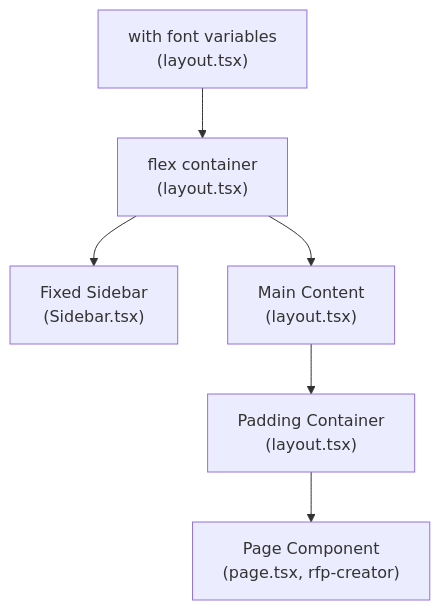
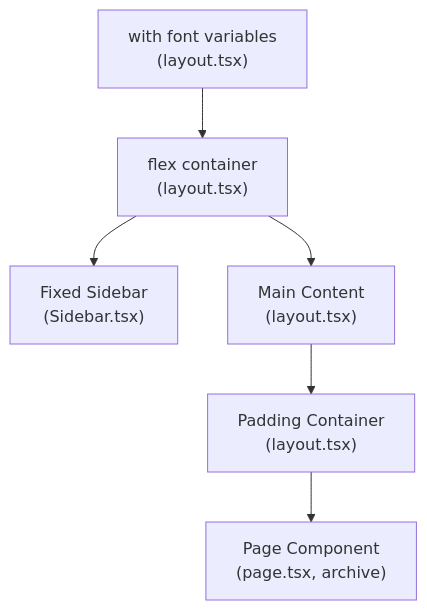
The second of 2 diagrams in .qoder/repowiki/en/content/Frontend Application/Application Layout & Navigation.md (alexandreybasta-cyber/dubai-media-ai), drawn with Mermaid before and after one commit. The commit also changed other lines of this file and 55 other files, not shown here.

````diff
--- a/.qoder/repowiki/en/content/Frontend Application/Application Layout & Navigation.md
+++ b/.qoder/repowiki/en/content/Frontend Application/Application Layout & Navigation.md
@@ -93,8 +104,8 @@
 ```mermaid
 graph TB
 html["<html> with font variables<br/>(layout.tsx)"] --> body["<body> flex container<br/>(layout.tsx)"]
 body --> aside["<aside> Fixed Sidebar<br/>(Sidebar.tsx)"]
 body --> main["<main> Main Content<br/>(layout.tsx)"]
 main --> divPadding["<div> Padding Container<br/>(layout.tsx)"]
-divPadding --> page["Page Component<br/>(page.tsx, rfp-creator)"]
+divPadding --> page["Page Component<br/>(page.tsx, archive)"]
 ```
````
